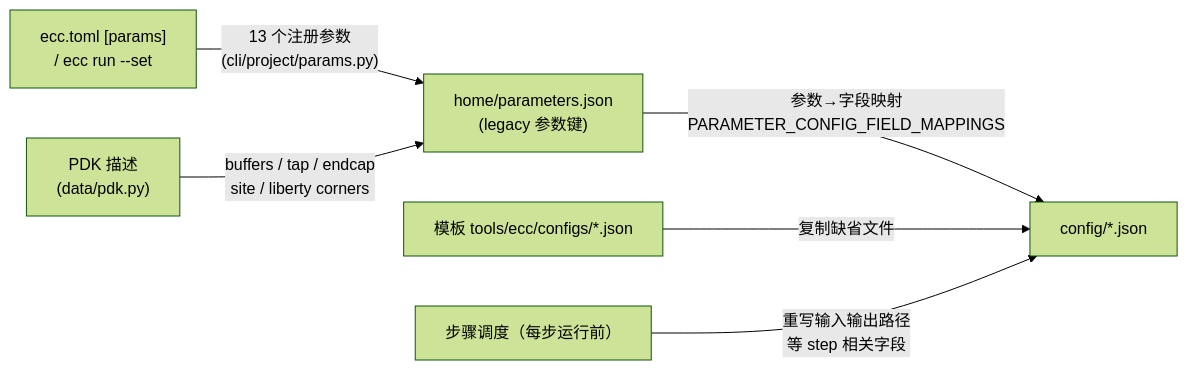
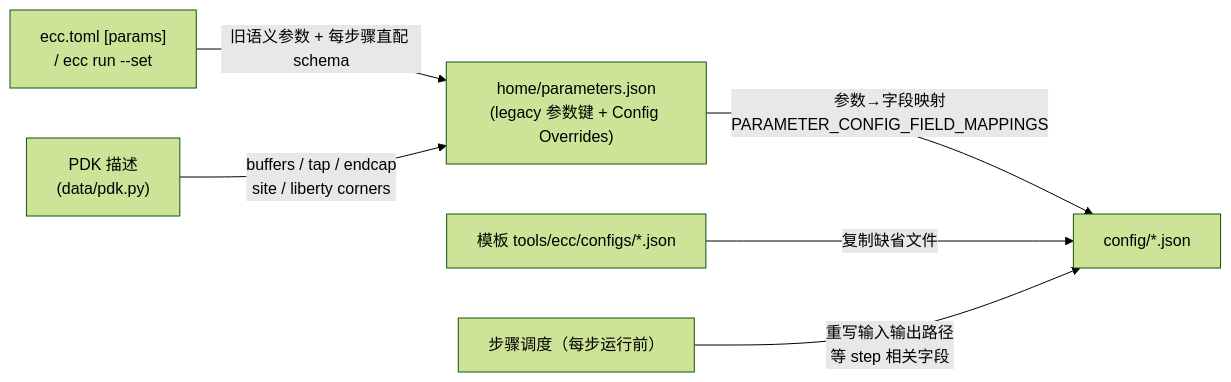
The diagram in docs/ecc-cli-config.cn.md (openecos-projects/ecc), drawn with Mermaid (forest theme) before and after one commit. The commit also changed other lines of this file and 30 other files, not shown here.

Commit message:
feat(cli): expose reviewed config parameters

````diff
--- a/docs/ecc-cli-config.cn.md
+++ b/docs/ecc-cli-config.cn.md
@@ -41,8 +41,8 @@
 ```mermaid
 graph LR
-    A["ecc.toml [params]<br/>/ ecc run --set"] -->|"13 个注册参数<br/>(cli/project/params.py)"| B["home/parameters.json<br/>(legacy 参数键)"]
+    A["ecc.toml [params]<br/>/ ecc run --set"] -->|"旧语义参数 + 每步骤直配 schema"| B["home/parameters.json<br/>(legacy 参数键 + Config Overrides)"]
     C["PDK 描述<br/>(data/pdk.py)"] -->|"buffers / tap / endcap<br/>site / liberty corners"| B
     B -->|"参数→字段映射<br/>PARAMETER_CONFIG_FIELD_MAPPINGS"| D["config/*.json"]
     E["模板 tools/ecc/configs/*.json"] -->|复制缺省文件| D
     F["步骤调度（每步运行前）"] -->|"重写输入输出路径<br/>等 step 相关字段"| D
 ```
````
